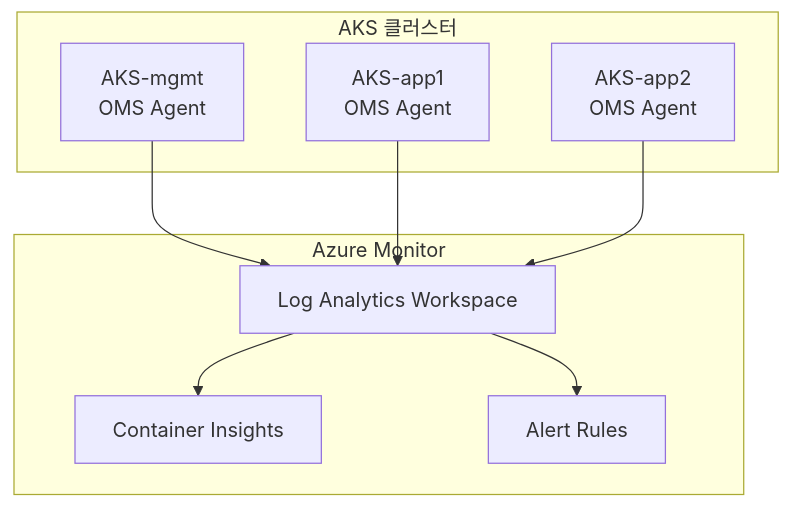
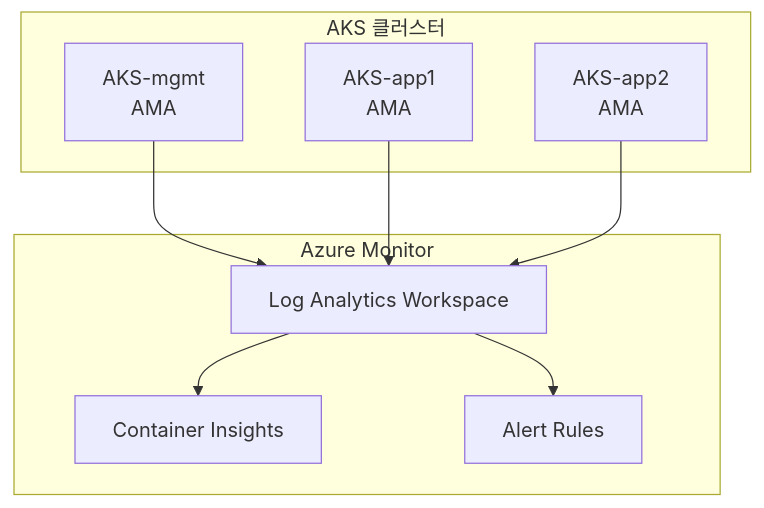
Before and after one commit to bocopile/mac-k8s-multipass-terraform: the fourth of 4 diagrams in document/azure/BLOG-AKS-MULTICLUSTER-ARCHITECTURE.md, drawn with Mermaid. The commit also changed other lines of this file and 3 other files, not shown here.

````diff
--- a/document/azure/BLOG-AKS-MULTICLUSTER-ARCHITECTURE.md
+++ b/document/azure/BLOG-AKS-MULTICLUSTER-ARCHITECTURE.md
@@ -185,20 +187,20 @@
 ```mermaid
 flowchart TB
     subgraph Clusters["AKS 클러스터"]
-        mgmt["AKS-mgmt<br/>OMS Agent"]
-        app1["AKS-app1<br/>OMS Agent"]
-        app2["AKS-app2<br/>OMS Agent"]
+        mgmt["AKS-mgmt<br/>AMA"]
+        app1["AKS-app1<br/>AMA"]
+        app2["AKS-app2<br/>AMA"]
     end
 
     subgraph Monitor["Azure Monitor"]
         LAW["Log Analytics Workspace"]
         CI["Container Insights"]
         Alert["Alert Rules"]
     end
 
     mgmt --> LAW
     app1 --> LAW
     app2 --> LAW
     LAW --> CI
     LAW --> Alert
 ```
````
